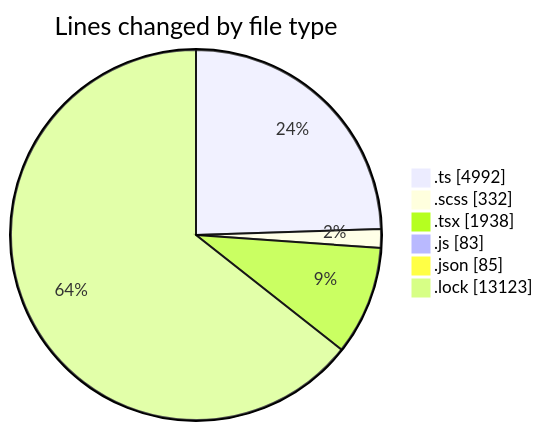
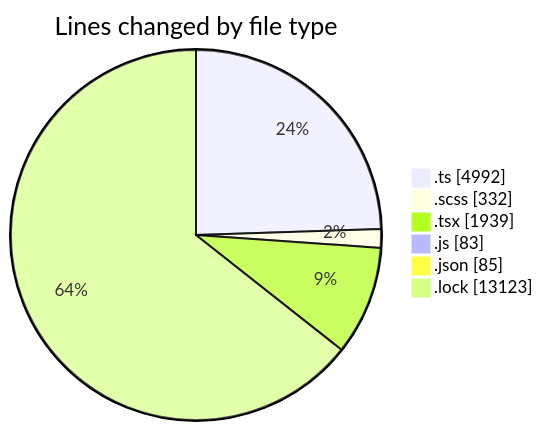
The first of 2 diagrams in 2025-09-12/cda/README.md (momahboobian/code-tracking), drawn with Mermaid before and after one commit. The commit also changed other lines of this file and 1 other file, not shown here.

````diff
--- a/2025-09-12/cda/README.md
+++ b/2025-09-12/cda/README.md
@@ -34,10 +34,10 @@
 ```mermaid
 pie showData
 title Lines changed by file type
 ".ts" : 4992
 ".scss" : 332
-".tsx" : 1938
+".tsx" : 1939
 ".js" : 83
 ".json" : 85
 ".lock" : 13123
 ```
````
